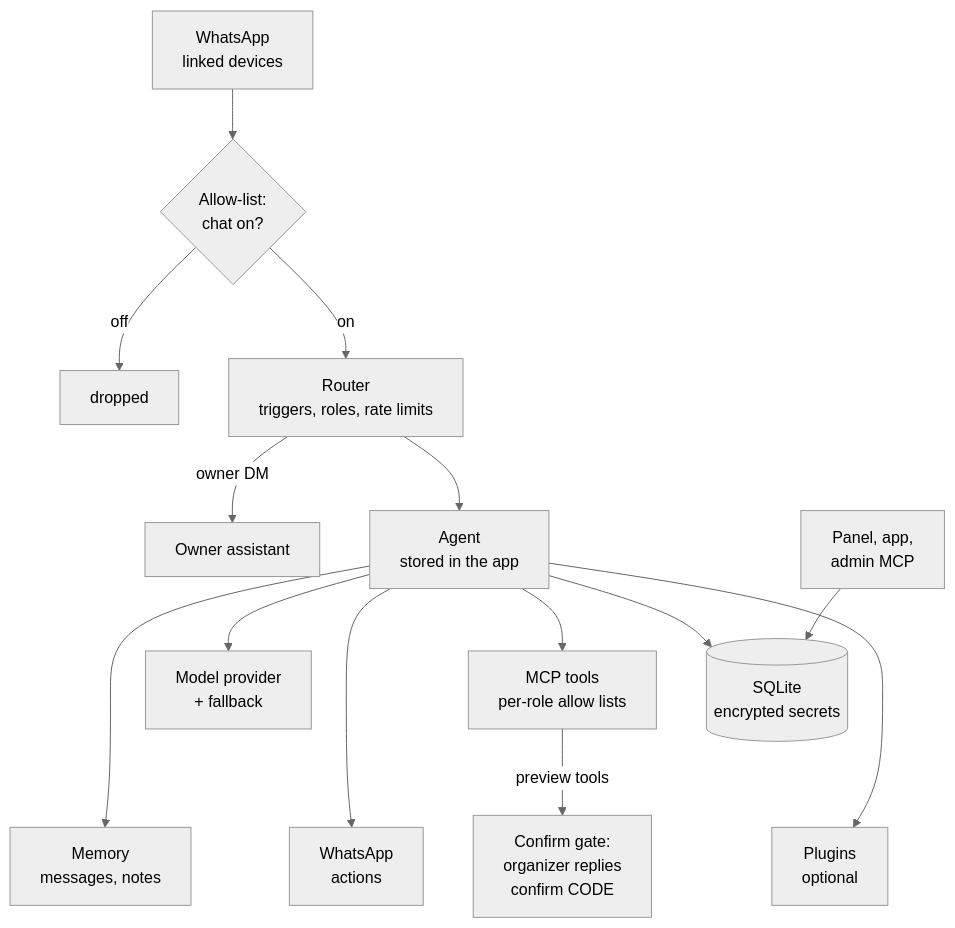
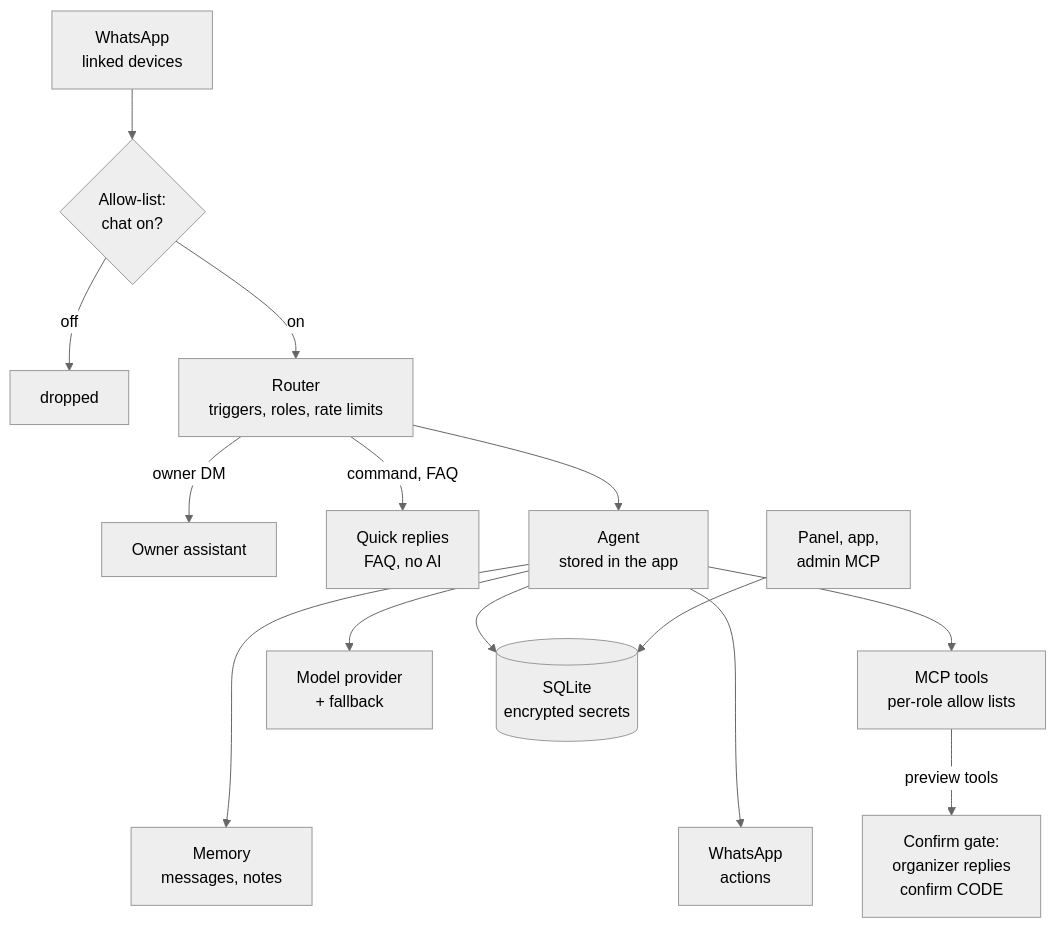
One commit to vikramgorla/duniya changed the diagram in docs/diagrams/architecture.mmd. Above: the diagram before and after it, drawn with Mermaid (neutral theme). The commit also changed 64 other files, not shown here.

First line of the commit message:
Remove plugins; quick replies, welcome message and FAQ answers (v2.16.0) (#105)

```diff
--- a/docs/diagrams/architecture.mmd
+++ b/docs/diagrams/architecture.mmd
@@ -1,17 +1,16 @@
 flowchart TD
   WA["WhatsApp<br/>linked devices"] --> AL{"Allow-list:<br/>chat on?"}
   AL -- "off" --> X["dropped"]
   AL -- "on" --> R["Router<br/>triggers, roles, rate limits"]
   R -- "owner DM" --> OA["Owner assistant"]
+  R -- "command, FAQ" --> Q["Quick replies<br/>FAQ, no AI"]
   R --> AG["Agent<br/>stored in the app"]
   AG --> M["Model provider<br/>+ fallback"]
   AG --> T["MCP tools<br/>per-role allow lists"]
   AG --> W["WhatsApp<br/>actions"]
   T -- "preview tools" --> CG["Confirm gate:<br/>organizer replies<br/>confirm CODE"]
   M ~~~ MEM
   M ~~~ W
-  DB ~~~ PL
   AG --> MEM["Memory<br/>messages, notes"]
-  AG --> PL["Plugins<br/>optional"]
   AG --> DB[("SQLite<br/>encrypted secrets")]
   P["Panel, app,<br/>admin MCP"] --> DB
```
